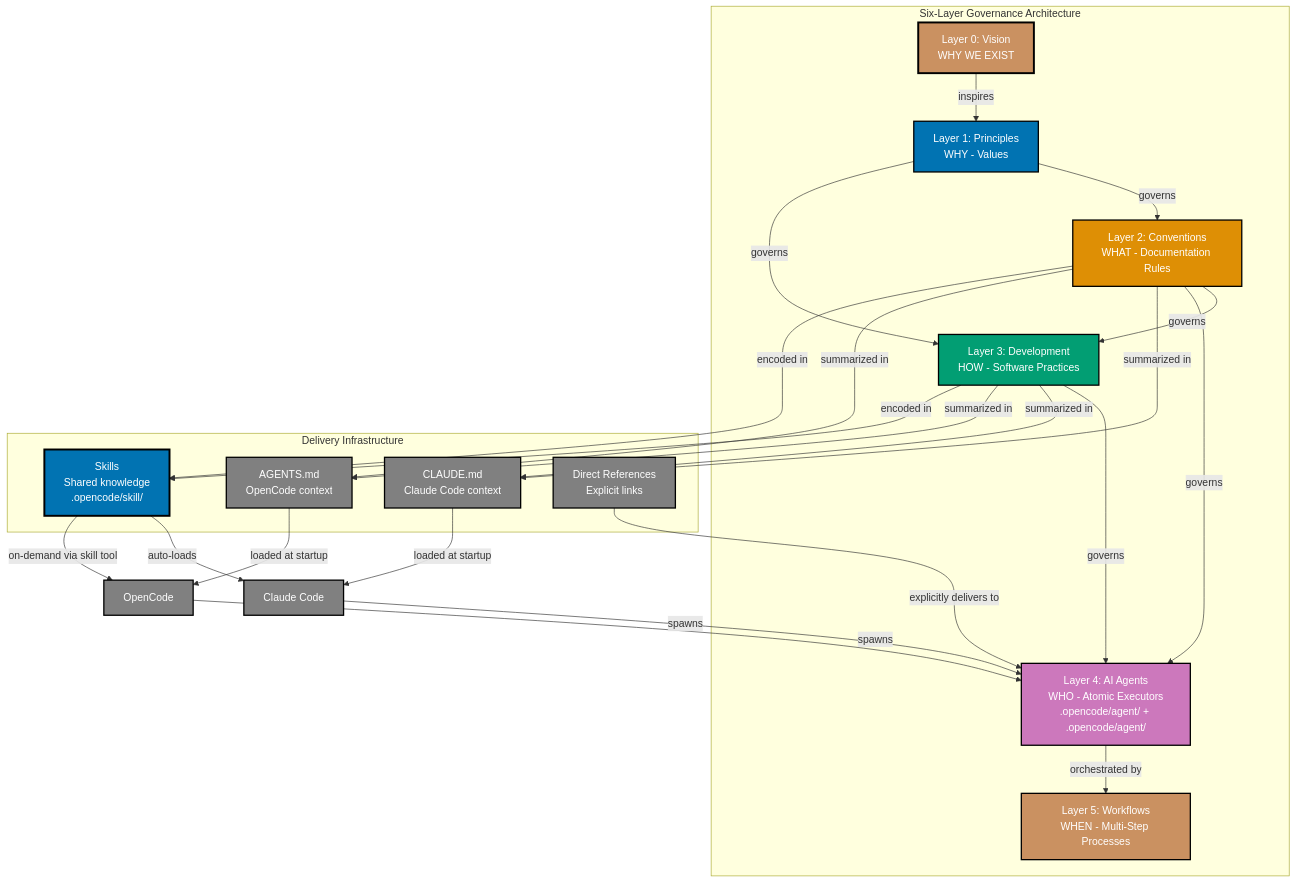
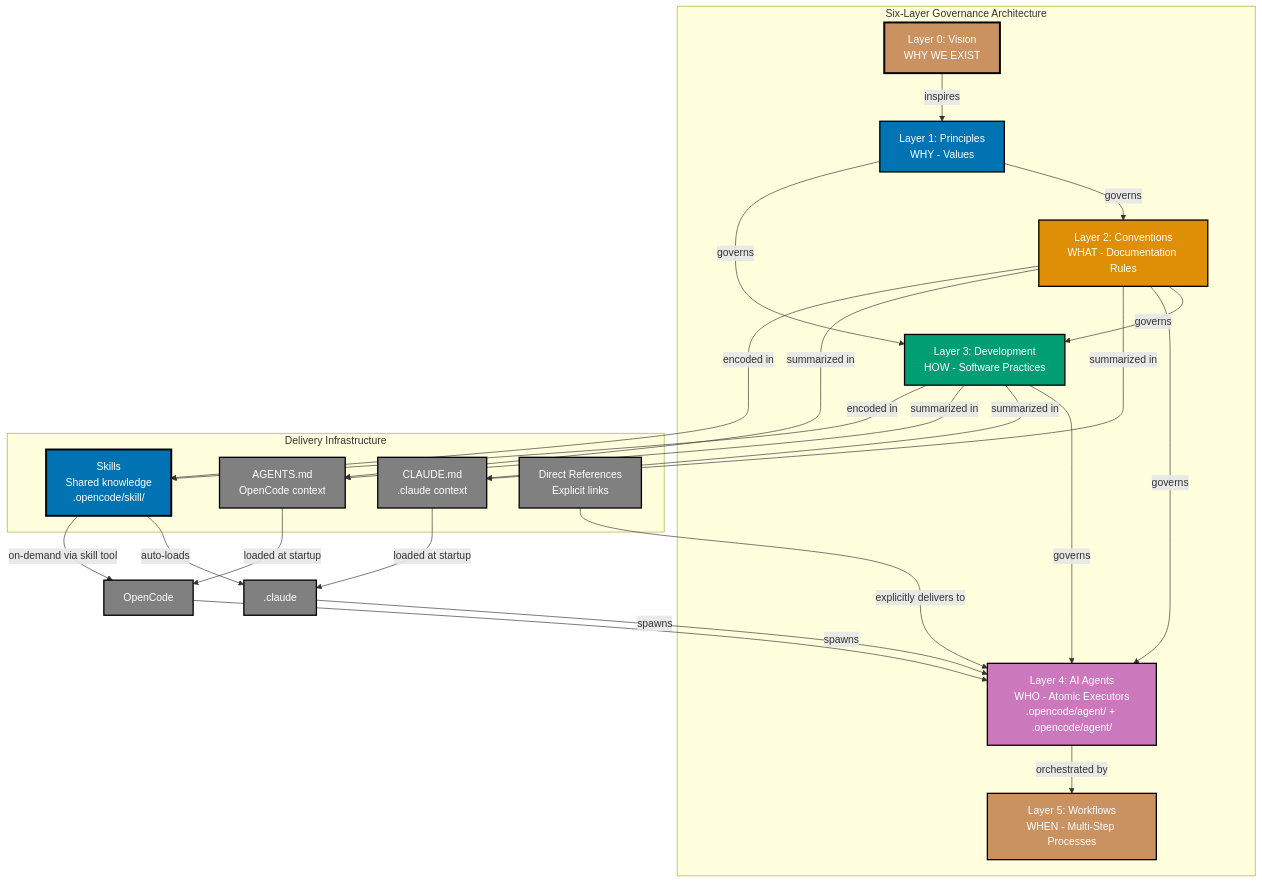
One commit to wahidyankf/open-sharia-enterprise changed the diagram in governance/repository-governance-architecture.md. Above: the diagram before and after it, drawn with Mermaid. The commit also changed other lines of this file and 15 other files, not shown here.

First line of the commit message:
chore(governance): remove Claude Code references, update to OpenCode terminology

````diff
--- a/governance/repository-governance-architecture.md
+++ b/governance/repository-governance-architecture.md
@@ -32,54 +32,54 @@
 ```mermaid
 %% Color Palette: Blue #0173B2, Orange #DE8F05, Teaee#029E73, Purple #CC78BC, Brown #CA9161, Gray #808080
 graph TD
     subgraph Governance["Six-Layer Governance Architecture"]
         L0[Layer 0: Vision<br/>WHY WE EXIST]
         L1[Layer 1: Principles<br/>WHY - Values]
         L2[Layer 2: Conventions<br/>WHAT - Documentation Rules]
         L3[Layer 3: Development<br/>HOW - Software Practices]
         L4[Layer 4: AI Agents<br/>WHO - Atomic Executors<br/>.opencode/agent/ + .opencode/agent/]
         L5[Layer 5: Workflows<br/>WHEN - Multi-Step Processes]
     end
 
     subgraph Delivery["Delivery Infrastructure"]
-        CM[CLAUDE.md<br/>Claude Code context]
+        CM[CLAUDE.md<br/>.claude context]
         AM[AGENTS.md<br/>OpenCode context]
         SK[Skills<br/>Shared knowledge<br/>.opencode/skill/]
         DR[Direct References<br/>Explicit links]
     end
 
     L0 -->|inspires| L1
     L1 -->|governs| L2
     L1 -->|governs| L3
     L2 -->|governs| L3
     L2 -->|governs| L4
     L3 -->|governs| L4
     L4 -->|orchestrated by| L5
 
     L2 -->|summarized in| CM
     L2 -->|summarized in| AM
     L2 -->|encoded in| SK
     L3 -->|summarized in| CM
     L3 -->|summarized in| AM
     L3 -->|encoded in| SK
-    CM -->|loaded at startup| OCC[Claude Code]
+    CM -->|loaded at startup| OCC[.claude]
     AM -->|loaded at startup| OOC[OpenCode]
     OCC -->|spawns| L4
     OOC -->|spawns| L4
     SK -->|auto-loads| OCC
     SK -->|on-demand via skill tool| OOC
     DR -->|explicitly delivers to| L4
 
     style L0 fill:#CA9161,stroke:#000000,color:#FFFFFF,stroke-width:3px
     style L1 fill:#0173B2,stroke:#000000,color:#FFFFFF,stroke-width:2px
     style L2 fill:#DE8F05,stroke:#000000,color:#FFFFFF,stroke-width:2px
     style L3 fill:#029E73,stroke:#000000,color:#FFFFFF,stroke-width:2px
     style L4 fill:#CC78BC,stroke:#000000,color:#FFFFFF,stroke-width:2px
     style L5 fill:#CA9161,stroke:#000000,color:#FFFFFF,stroke-width:2px
     style OCC fill:#808080,stroke:#000000,color:#FFFFFF,stroke-width:2px
     style OOC fill:#808080,stroke:#000000,color:#FFFFFF,stroke-width:2px
     style CM fill:#808080,stroke:#000000,color:#FFFFFF,stroke-width:2px
     style AM fill:#808080,stroke:#000000,color:#FFFFFF,stroke-width:2px
     style SK fill:#0173B2,stroke:#000000,color:#FFFFFF,stroke-width:3px
     style DR fill:#808080,stroke:#000000,color:#FFFFFF,stroke-width:2px
 ```
````
